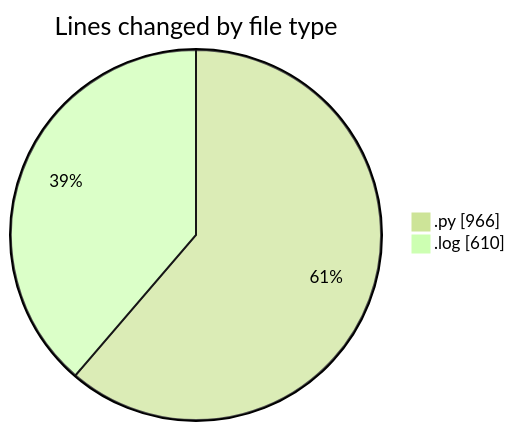
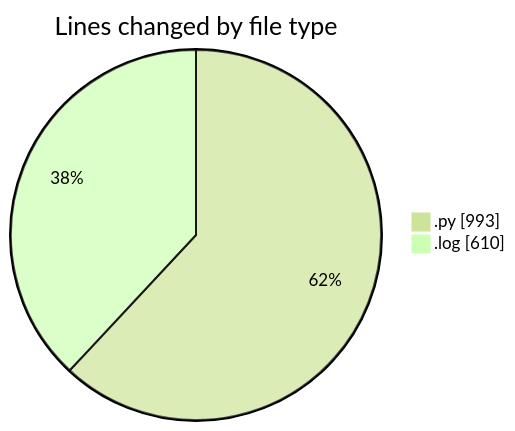
Before and after one commit to momahboobian/code-tracking: the first of 2 diagrams in 2025-05-07/samplepdf/README.md, drawn with Mermaid (forest theme). The commit also changed other lines of this file and 1 other file, not shown here.

````diff
--- a/2025-05-07/samplepdf/README.md
+++ b/2025-05-07/samplepdf/README.md
@@ -29,6 +29,6 @@
 ```mermaid
 pie showData
 title Lines changed by file type
-".py" : 966
+".py" : 993
 ".log" : 610
 ```
````
